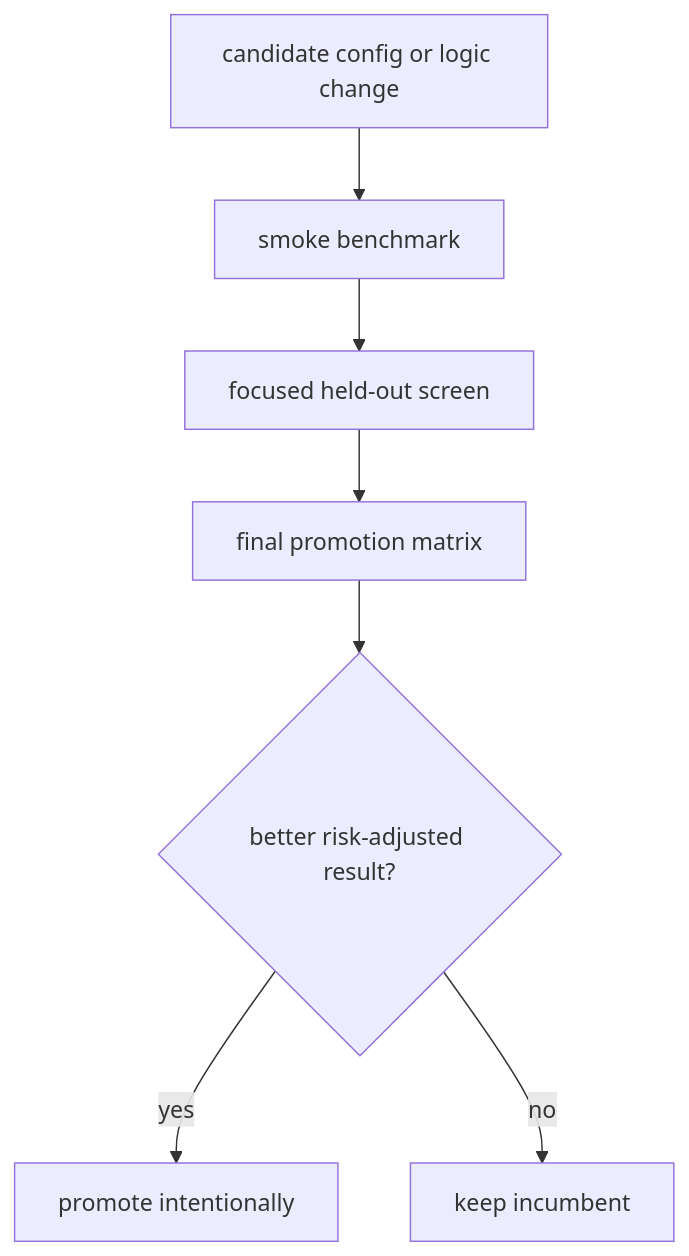
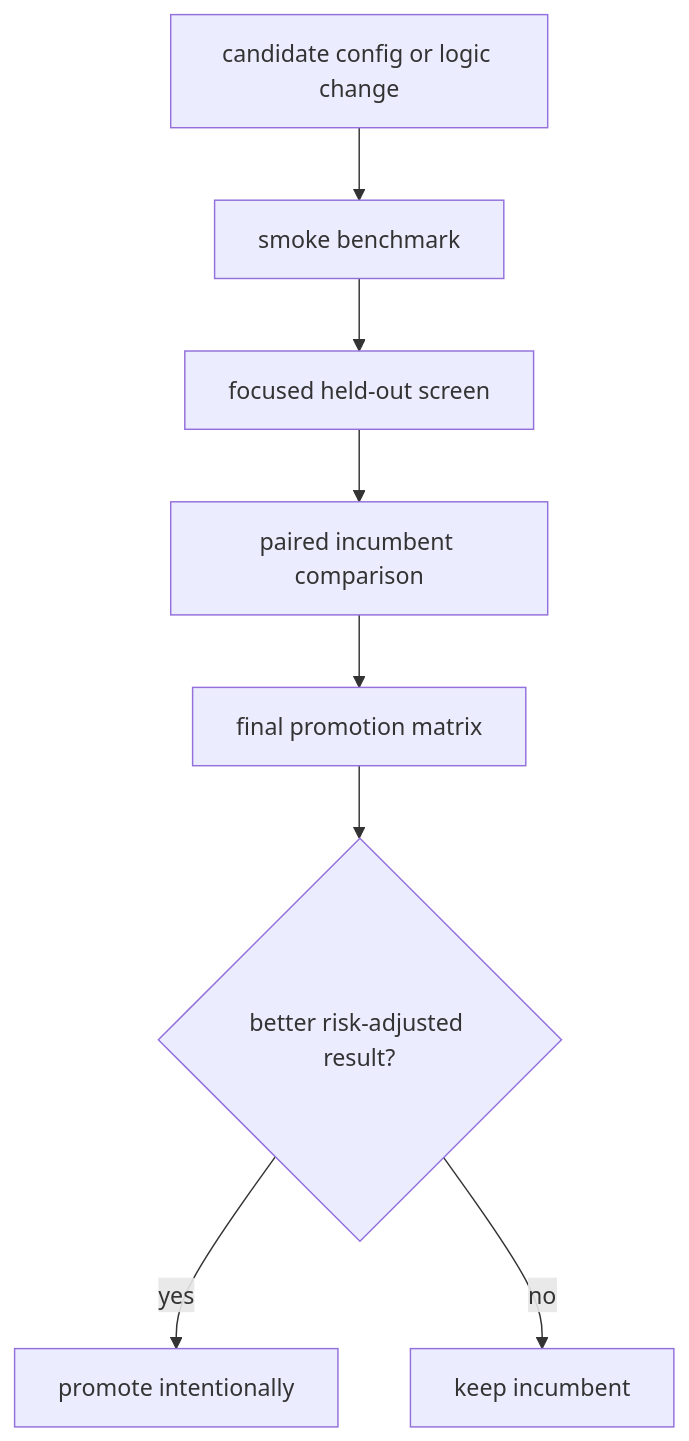
One commit to kosunghun317/fullhouse-engine changed the diagram in docs/heuristic-benchmark-results.md. Above: the diagram before and after it, drawn with Mermaid. The commit also changed other lines of this file and 9 other files, not shown here.

````diff
--- a/docs/heuristic-benchmark-results.md
+++ b/docs/heuristic-benchmark-results.md
@@ -54,9 +54,10 @@
 ```mermaid
 graph TD
     Candidate["candidate config or logic change"] --> Smoke["smoke benchmark"]
     Smoke --> Focused["focused held-out screen"]
-    Focused --> Final["final promotion matrix"]
+    Focused --> Paired["paired incumbent comparison"]
+    Paired --> Final["final promotion matrix"]
     Final --> Gate{"better risk-adjusted result?"}
     Gate -->|yes| Promote["promote intentionally"]
     Gate -->|no| Reject["keep incumbent"]
 ```
````
